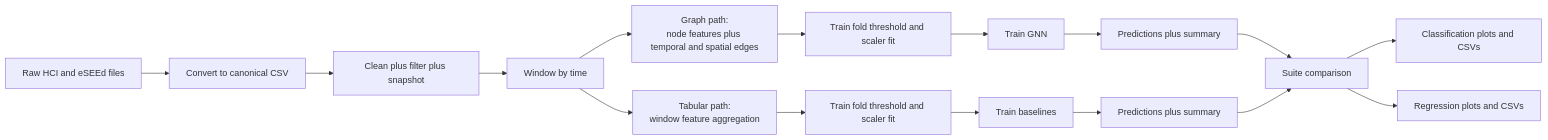
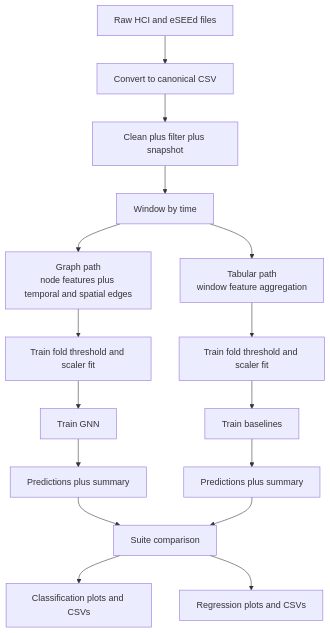
Before and after one commit to Space0code/GFM-for-eyetracker: the second of 2 diagrams in docs/prompts/solutions/solution_gnn_detailed_dataflow_schema.md, drawn with Mermaid. The commit also changed other lines of this file and 3 other files, not shown here.

Commit message:
make mermaid diagrams vertically oriented for better readability

````diff
--- a/docs/prompts/solutions/solution_gnn_detailed_dataflow_schema.md
+++ b/docs/prompts/solutions/solution_gnn_detailed_dataflow_schema.md
@@ -69,21 +72,21 @@
 ```mermaid
-flowchart LR
+flowchart TB
     raw["Raw HCI and eSEEd files"] --> conv["Convert to canonical CSV"]
     conv --> prep["Clean plus filter plus snapshot"]
     prep --> win["Window by time"]
 
-    win --> gnn["Graph path:\nnode features plus temporal and spatial edges"]
+    win --> gnn["Graph path\nnode features plus temporal and spatial edges"]
     gnn --> gsplit["Train fold threshold and scaler fit"]
     gsplit --> gtrain["Train GNN"]
     gtrain --> gout["Predictions plus summary"]
 
-    win --> tab["Tabular path:\nwindow feature aggregation"]
+    win --> tab["Tabular path\nwindow feature aggregation"]
     tab --> tsplit["Train fold threshold and scaler fit"]
     tsplit --> ttrain["Train baselines"]
     ttrain --> tout["Predictions plus summary"]
 
     gout --> suite["Suite comparison"]
     tout --> suite
     suite --> cls["Classification plots and CSVs"]
     suite --> reg["Regression plots and CSVs"]
 ```
````
